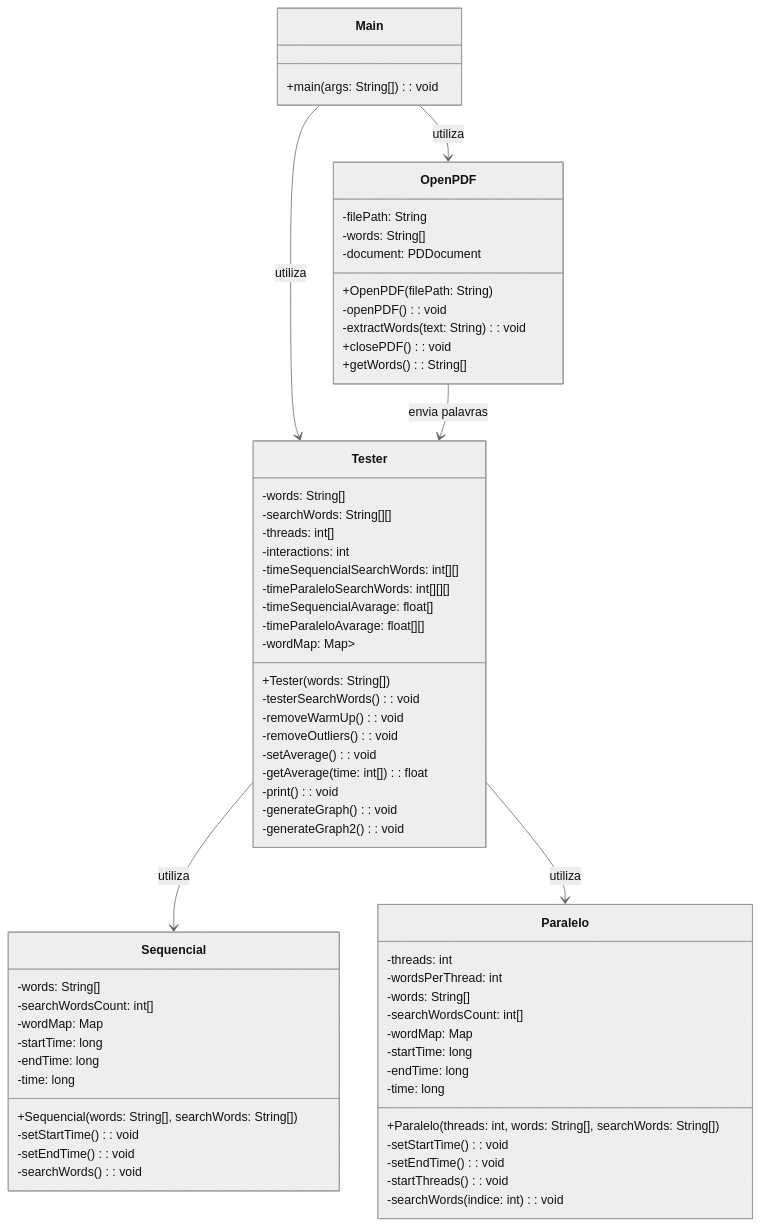
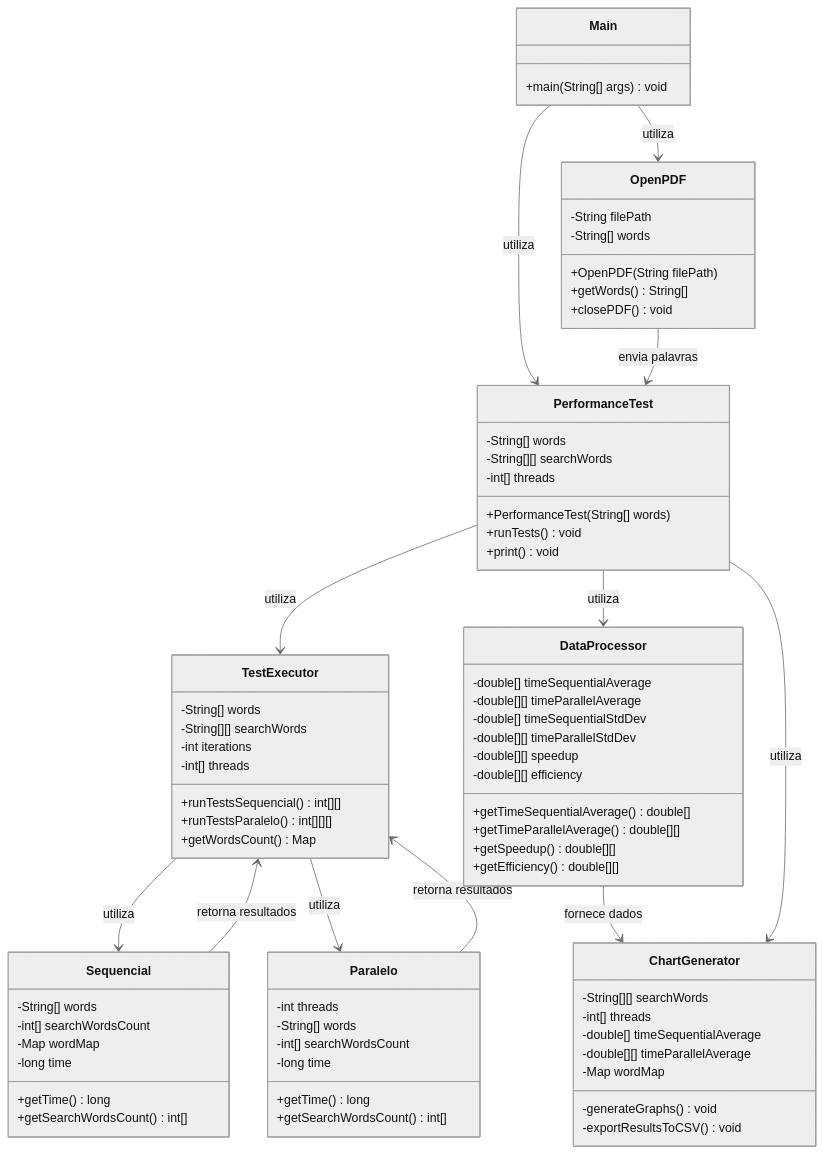
Before and after one commit to StephanyeCunto/Sistemas_Paralelos_Distribuidos: the diagram in README.md, drawn with Mermaid (neutral theme). The commit also changed other lines of this file and 27 other files, not shown here.

````diff
--- a/README.md
+++ b/README.md
@@ -1,73 +35,86 @@
 ```mermaid
 classDiagram
     class Main {
-        +main(args: String[]): void
+        +main(String[] args) void
     }
-
+    
     class OpenPDF {
-        -filePath: String
-        -words: String[]
-        -document: PDDocument
-        +OpenPDF(filePath: String)
-        -openPDF(): void
-        -extractWords(text: String): void
-        +closePDF(): void
-        +getWords(): String[]
+        -String filePath
+        -String[] words
+        +OpenPDF(String filePath)
+        +getWords() String[]
+        +closePDF() void
     }
-
+    
+    class PerformanceTest {
+        -String[] words
+        -String[][] searchWords
+        -int[] threads
+        +PerformanceTest(String[] words)
+        +runTests() void
+        +print() void
+    }
+    
+    class TestExecutor {
+        -String[] words
+        -String[][] searchWords
+        -int iterations
+        -int[] threads
+        +runTestsSequencial() int[][]
+        +runTestsParalelo() int[][][]
+        +getWordsCount() Map
+    }
+    
+    class Sequencial {
+        -String[] words
+        -int[] searchWordsCount
+        -Map wordMap
+        -long time
+        +getTime() long
+        +getSearchWordsCount() int[]
+    }
+    
     class Paralelo {
-        -threads: int
-        -wordsPerThread: int
-        -words: String[]
-        -searchWordsCount: int[]
-        -wordMap: Map<String, Integer>
-        -startTime: long
-        -endTime: long
-        -time: long
-        +Paralelo(threads: int, words: String[], searchWords: String[])
-        -setStartTime(): void
-        -setEndTime(): void
-        -startThreads(): void
-        -searchWords(indice: int): void
+        -int threads
+        -String[] words
+        -int[] searchWordsCount
+        -long time
+        +getTime() long
+        +getSearchWordsCount() int[]
     }
-
-    class Sequencial {
-        -words: String[]
-        -searchWordsCount: int[]
-        -wordMap: Map<String, Integer>
-        -startTime: long
-        -endTime: long
-        -time: long
-        +Sequencial(words: String[], searchWords: String[])
-        -setStartTime(): void
-        -setEndTime(): void
-        -searchWords(): void
+    
+    class DataProcessor {
+        -double[] timeSequentialAverage
+        -double[][] timeParallelAverage
+        -double[] timeSequentialStdDev
+        -double[][] timeParallelStdDev
+        -double[][] speedup
+        -double[][] efficiency
+        +getTimeSequentialAverage() double[]
+        +getTimeParallelAverage() double[][]
+        +getSpeedup() double[][]
+        +getEfficiency() double[][]
     }
-
-    class Tester {
-        -words: String[]
-        -searchWords: String[][]
-        -threads: int[]
-        -interactions: int
-        -timeSequencialSearchWords: int[][]
-        -timeParaleloSearchWords: int[][][]
-        -timeSequencialAvarage: float[]
-        -timeParaleloAvarage: float[][]
-        -wordMap: Map<String, List<Integer>>
-        +Tester(words: String[])
-        -testerSearchWords(): void
-        -removeWarmUp(): void
-        -removeOutliers(): void
-        -setAverage(): void
-        -getAverage(time: int[]): float
-        -print(): void
-        -generateGraph(): void
-        -generateGraph2(): void
+    
+    class ChartGenerator {
+        -String[][] searchWords
+        -int[] threads
+        -double[] timeSequentialAverage
+        -double[][] timeParallelAverage
+        -Map wordMap
+        -generateGraphs() void
+        -exportResultsToCSV() void
     }
-
+    
     Main --> OpenPDF : utiliza
-    Main --> Tester : utiliza
-    OpenPDF --> Tester : envia palavras
-    Tester --> Sequencial : utiliza
-    Tester --> Paralelo : utiliza
+    Main --> PerformanceTest : utiliza
+    OpenPDF --> PerformanceTest : envia palavras
+    PerformanceTest --> TestExecutor : utiliza
+    TestExecutor --> Sequencial : utiliza
+    TestExecutor --> Paralelo : utiliza
+    PerformanceTest --> DataProcessor : utiliza
+    DataProcessor --> ChartGenerator : fornece dados
+    PerformanceTest --> ChartGenerator : utiliza
+    Sequencial --> TestExecutor : retorna resultados
+    Paralelo --> TestExecutor : retorna resultados
 ```
````
